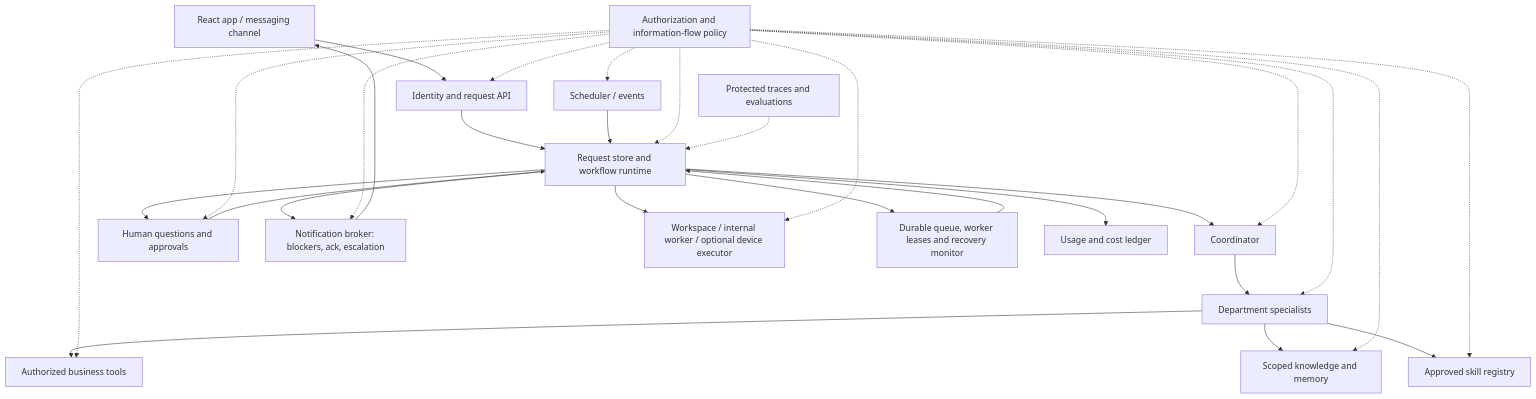
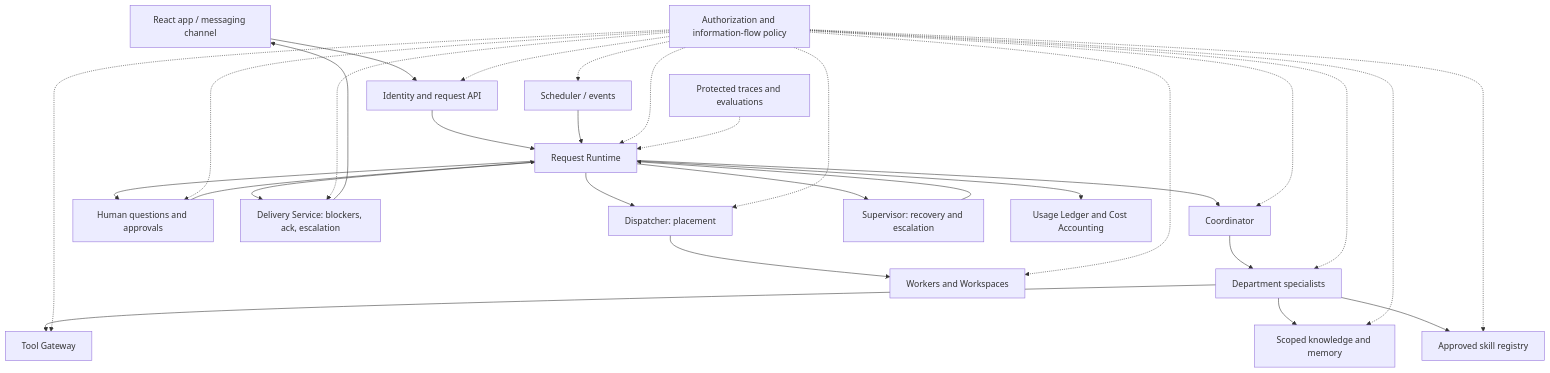
The first of 3 diagrams in docs/ARCHITECTURE.md (zAcherttp/se373-bizops), drawn with Mermaid before and after one commit. The commit also changed other lines of this file and 5 other files, not shown here.

Commit message:
Standardize architecture and board terminology

````diff
--- a/docs/ARCHITECTURE.md
+++ b/docs/ARCHITECTURE.md
@@ -55,31 +57,33 @@
 ```mermaid
 flowchart TD
     A[React app / messaging channel] --> B[Identity and request API]
-    B --> C[Request store and workflow runtime]
+    B --> C[Request Runtime]
     C --> D[Coordinator]
     D --> E[Department specialists]
-    E --> F[Authorized business tools]
+    E --> F[Tool Gateway]
     E --> G[Scoped knowledge and memory]
     E --> H[Approved skill registry]
     C --> I[Human questions and approvals]
     I --> C
     J[Scheduler / events] --> C
-    C --> K[Notification broker: blockers, ack, escalation]
+    C --> K[Delivery Service: blockers, ack, escalation]
     K --> A
-    C --> X[Workspace / internal worker / optional device executor]
-    C --> W[Durable queue, worker leases and recovery monitor]
+    C --> Z[Dispatcher: placement]
+    Z --> X[Workers and Workspaces]
+    C --> W[Supervisor: recovery and escalation]
     W --> C
-    C --> V[Usage and cost ledger]
+    C --> V[Usage Ledger and Cost Accounting]
     L[Authorization and information-flow policy] -.-> B
     L -.-> C
     L -.-> D
     L -.-> E
     L -.-> F
     L -.-> G
     L -.-> H
     L -.-> I
     L -.-> J
     L -.-> K
     L -.-> X
+    L -.-> Z
     M[Protected traces and evaluations] -.-> C
 ```
````
